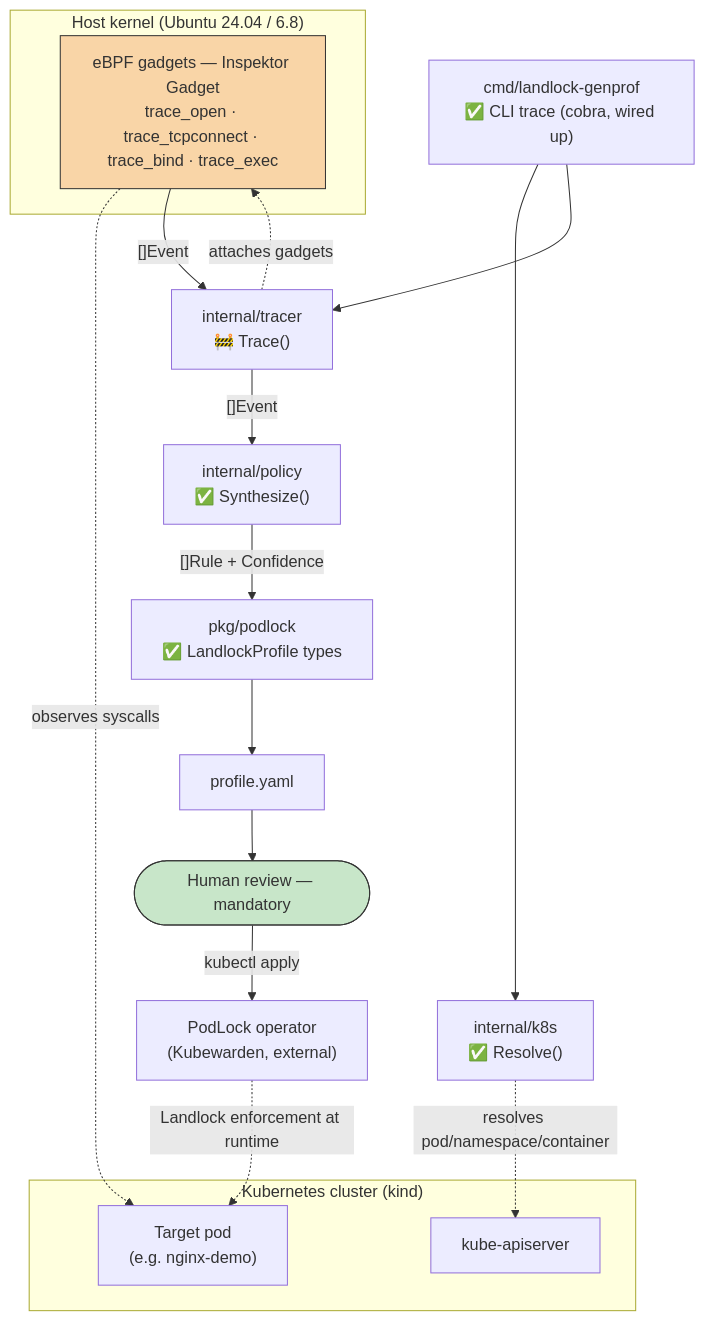
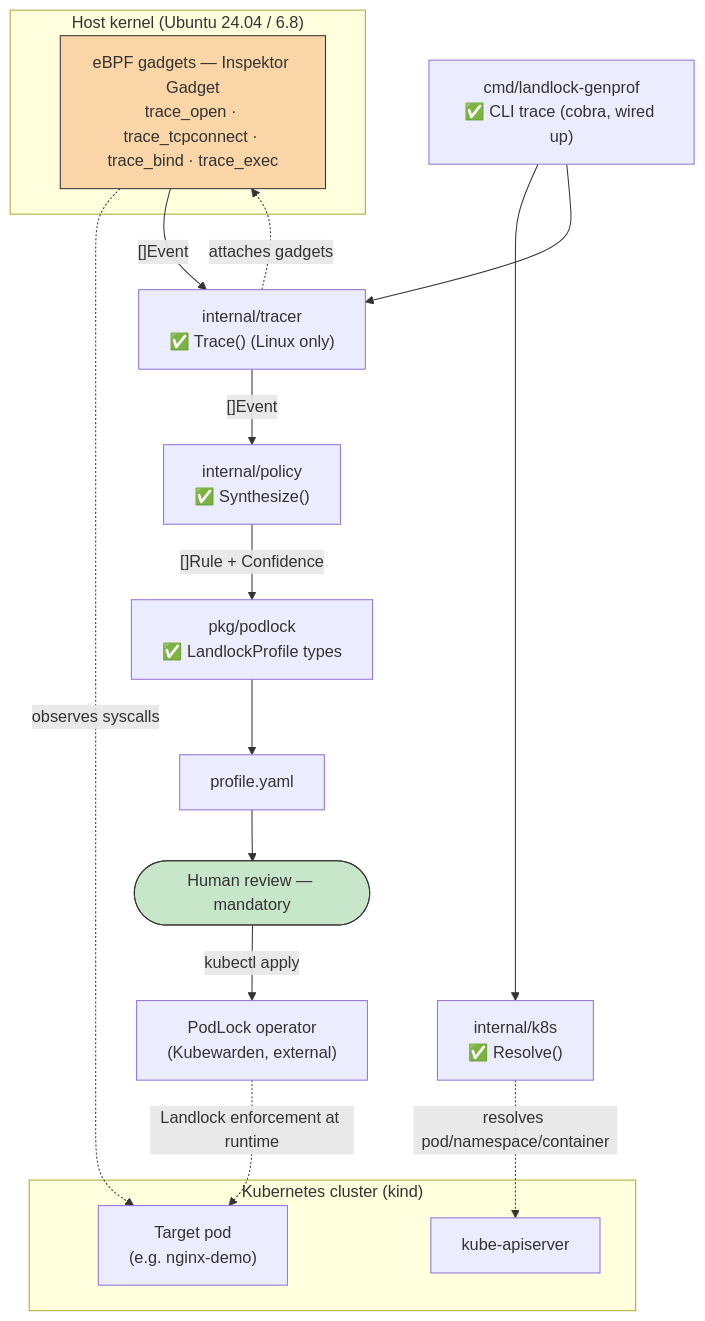
One commit to idriss-eliguene/landlock-genprof changed the first of 3 diagrams in docs/architecture.md. Above: the diagram before and after it, drawn with Mermaid. The commit also changed other lines of this file and 12 other files, not shown here.

````diff
--- a/docs/architecture.md
+++ b/docs/architecture.md
@@ -12,36 +11,36 @@
 ```mermaid
 flowchart TD
     subgraph cluster["Kubernetes cluster (kind)"]
         POD["Target pod<br/>(e.g. nginx-demo)"]
         API["kube-apiserver"]
     end
 
     subgraph host["Host kernel (Ubuntu 24.04 / 6.8)"]
         EBPF["eBPF gadgets — Inspektor Gadget<br/>trace_open · trace_tcpconnect · trace_bind · trace_exec"]
     end
 
     CLI["cmd/landlock-genprof<br/>✅ CLI trace (cobra, wired up)"]
     K8SPKG["internal/k8s<br/>✅ Resolve()"]
-    TRACER["internal/tracer<br/>🚧 Trace()"]
+    TRACER["internal/tracer<br/>✅ Trace() (Linux only)"]
     POLICY["internal/policy<br/>✅ Synthesize()"]
     PODLOCKTYPES["pkg/podlock<br/>✅ LandlockProfile types"]
     YAML["profile.yaml"]
     HUMAN(["Human review — mandatory"])
     PODLOCKOP["PodLock operator<br/>(Kubewarden, external)"]
 
     CLI --> K8SPKG
     K8SPKG -. "resolves pod/namespace/container" .-> API
     CLI --> TRACER
     TRACER -. "attaches gadgets" .-> EBPF
     EBPF -. "observes syscalls" .-> POD
     EBPF -- "[]Event" --> TRACER
     TRACER -- "[]Event" --> POLICY
     POLICY -- "[]Rule + Confidence" --> PODLOCKTYPES
     PODLOCKTYPES --> YAML
     YAML --> HUMAN
     HUMAN -- "kubectl apply" --> PODLOCKOP
     PODLOCKOP -. "Landlock enforcement at runtime" .-> POD
 
     style EBPF fill:#f9d5a7,stroke:#333
     style HUMAN fill:#c8e6c9,stroke:#333
 ```
````
